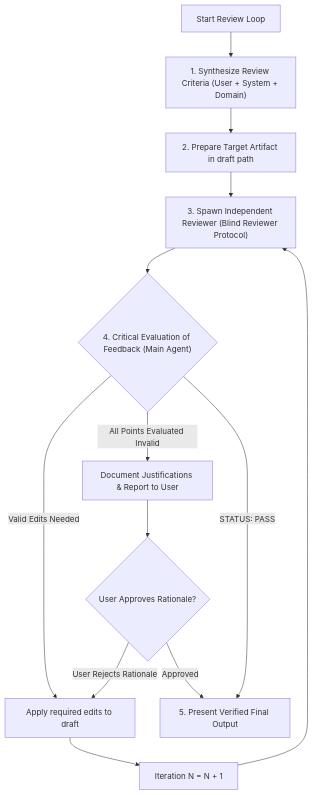
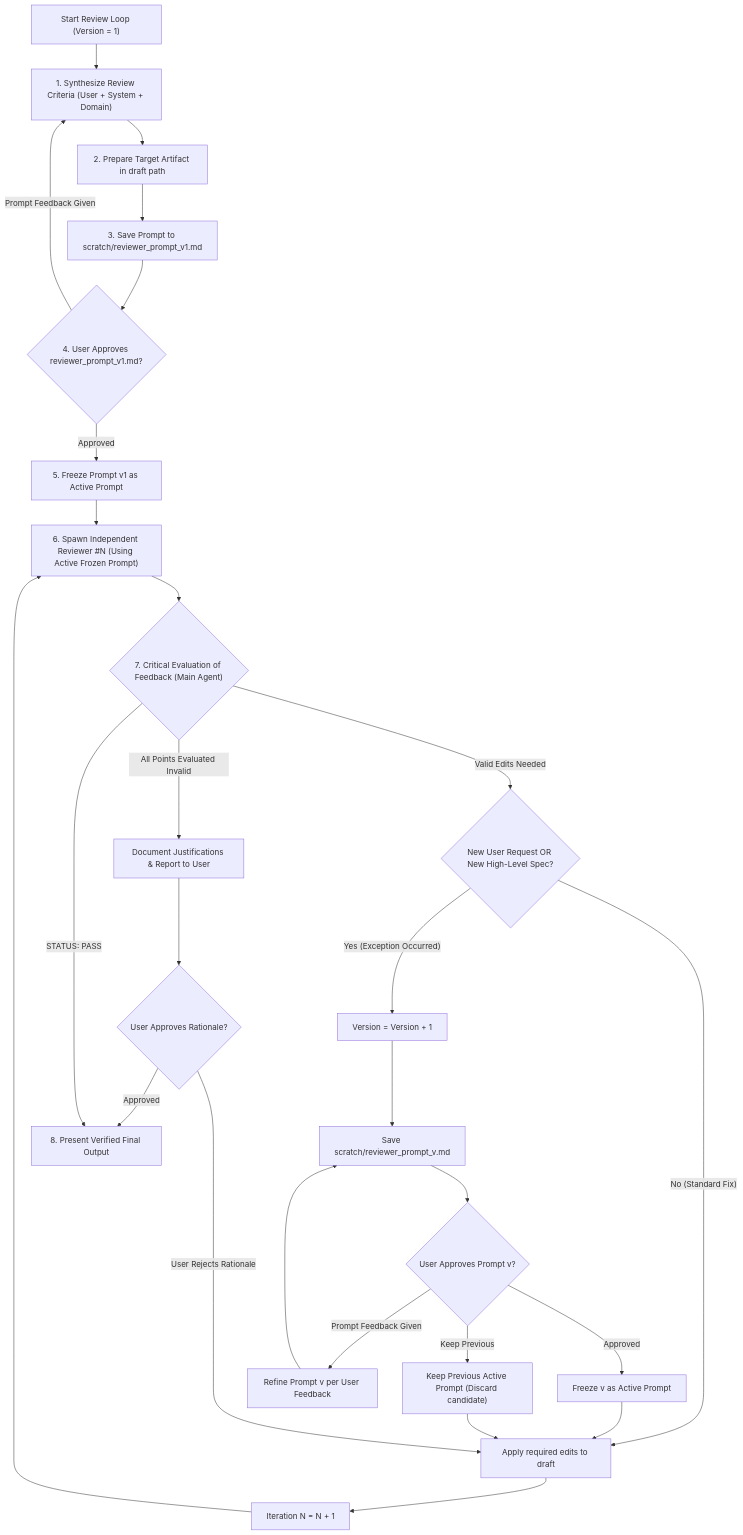
The diagram in .agents/skills/conduct-reviewing-loop/SKILL.md (loerei/chronicle-mcp), drawn with Mermaid before and after one commit. The commit also changed other lines of this file and 1 other file, not shown here.

Commit message:
chore(skills): sync and update agent skills

````diff
--- a/.agents/skills/conduct-reviewing-loop/SKILL.md
+++ b/.agents/skills/conduct-reviewing-loop/SKILL.md
@@ -12,12 +12,23 @@
 ```mermaid
 flowchart TD
-    Start["Start Review Loop"] --> Synth["1. Synthesize Review Criteria (User + System + Domain)"]
+    Start["Start Review Loop (Version = 1)"] --> Synth["1. Synthesize Review Criteria (User + System + Domain)"]
     Synth --> Draft["2. Prepare Target Artifact in draft path"]
-    Draft --> BlindSpawn["3. Spawn Independent Reviewer (Blind Reviewer Protocol)"]
-    BlindSpawn --> CritEval{"4. Critical Evaluation of Feedback (Main Agent)"}
-    CritEval -->|"Valid Edits Needed"| ApplyEdits["Apply required edits to draft"] --> NextIter["Iteration N = N + 1"] --> BlindSpawn
-    CritEval -->|"All Points Evaluated Invalid"| JustifyUser["Document Justifications & Report to User"] --> UserGate{"User Approves Rationale?"}
-    UserGate -->|"Approved"| Present["5. Present Verified Final Output"]
-    UserGate -->|"User Rejects Rationale"| ApplyEdits
+    Draft --> SavePromptV["3. Save Prompt to scratch/reviewer_prompt_v1.md"]
+    SavePromptV --> UserGateV{"4. User Approves reviewer_prompt_v1.md?"}
+    UserGateV -->|"Approved"| FreezeV["5. Freeze Prompt v1 as Active Prompt"]
+    UserGateV -->|"Prompt Feedback Given"| Synth
+    FreezeV --> BlindSpawn["6. Spawn Independent Reviewer #N (Using Active Frozen Prompt)"]
+    BlindSpawn --> CritEval{"7. Critical Evaluation of Feedback (Main Agent)"}
+    
+    CritEval -->|"Valid Edits Needed"| CheckExc{"New User Request OR New High-Level Spec?"}
+    CheckExc -->|"No (Standard Fix)"| ApplyEdits["Apply required edits to draft"] --> NextIter["Iteration N = N + 1"] --> BlindSpawn
+    CheckExc -->|"Yes (Exception Occurred)"| IncVer["Version = Version + 1"] --> SavePromptNew["Save scratch/reviewer_prompt_v<Version>.md"] --> UserGateNew{"User Approves Prompt v<Version>?"}
+    UserGateNew -->|"Approved"| FreezeNew["Freeze v<Version> as Active Prompt"] --> ApplyEdits
+    UserGateNew -->|"Keep Previous"| KeepPrev["Keep Previous Active Prompt (Discard candidate)"] --> ApplyEdits
+    UserGateNew -->|"Prompt Feedback Given"| RefineNew["Refine Prompt v<Version> per User Feedback"] --> SavePromptNew
+    
+    CritEval -->|"All Points Evaluated Invalid"| JustifyUser["Document Justifications & Report to User"] --> UserGateFinal{"User Approves Rationale?"}
+    UserGateFinal -->|"Approved"| Present["8. Present Verified Final Output"]
+    UserGateFinal -->|"User Rejects Rationale"| ApplyEdits
     CritEval -->|"STATUS: PASS"| Present
 ```
````
